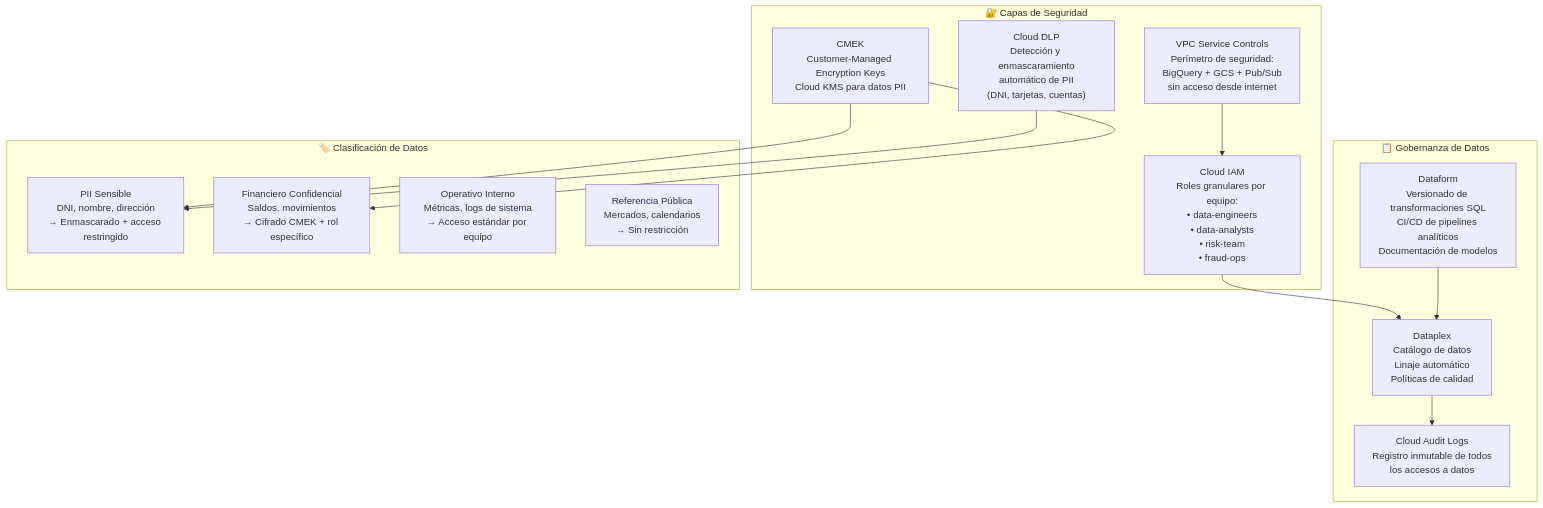
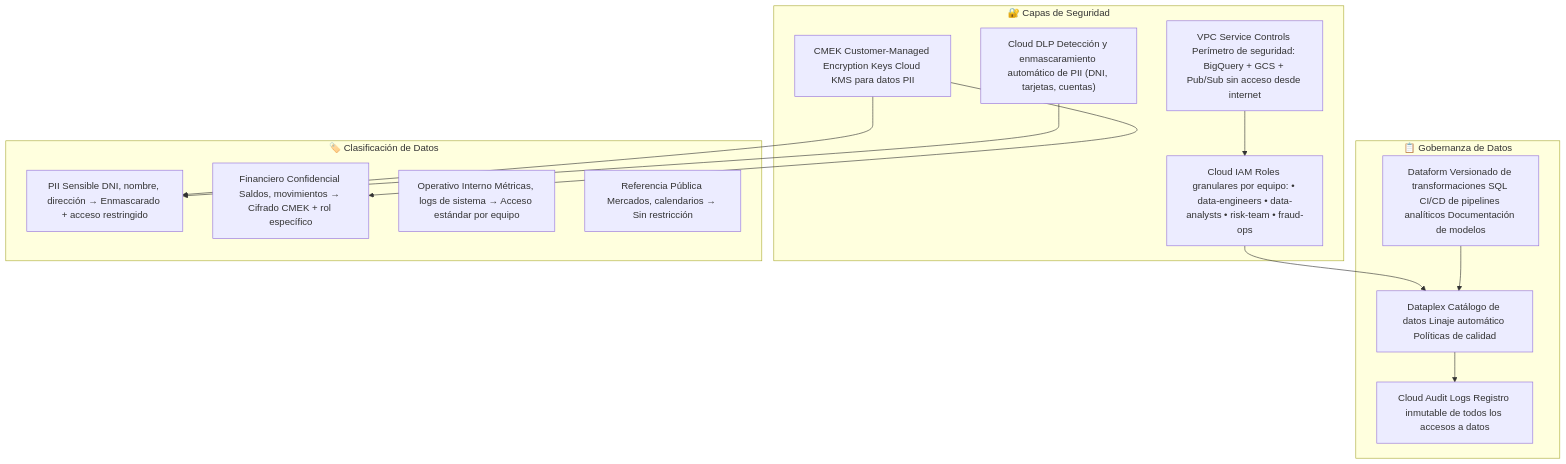
One commit to s110/Maestria changed the fifth of 8 diagrams in 5_big_data/codigo/03_proyecto_financial_system_architecture/architecture.md. Above: the diagram before and after it, drawn with Mermaid. The commit also changed other lines of this file and 52 other files, not shown here.

````diff
--- a/5_big_data/codigo/03_proyecto_financial_system_architecture/architecture.md
+++ b/5_big_data/codigo/03_proyecto_financial_system_architecture/architecture.md
@@ -308,29 +308,29 @@
 ```mermaid
 flowchart TD
     subgraph SEC["🔐 Capas de Seguridad"]
-        IAM["Cloud IAM\nRoles granulares por equipo:\n• data-engineers\n• data-analysts\n• risk-team\n• fraud-ops"]
-        VPC["VPC Service Controls\nPerímetro de seguridad:\nBigQuery + GCS + Pub/Sub\nsin acceso desde internet"]
-        CMEK["CMEK\nCustomer-Managed Encryption Keys\nCloud KMS para datos PII"]
-        DLP["Cloud DLP\nDetección y enmascaramiento\nautomático de PII\n(DNI, tarjetas, cuentas)"]
+        IAM["Cloud IAM Roles granulares por equipo: • data-engineers • data-analysts • risk-team • fraud-ops"]
+        VPC["VPC Service Controls Perímetro de seguridad: BigQuery + GCS + Pub/Sub sin acceso desde internet"]
+        CMEK["CMEK Customer-Managed Encryption Keys Cloud KMS para datos PII"]
+        DLP["Cloud DLP Detección y enmascaramiento automático de PII (DNI, tarjetas, cuentas)"]
     end
 
     subgraph GOV["📋 Gobernanza de Datos"]
-        DATAPLEX["Dataplex\nCatálogo de datos\nLinaje automático\nPolíticas de calidad"]
-        DATAFORM["Dataform\nVersionado de transformaciones SQL\nCI/CD de pipelines analíticos\nDocumentación de modelos"]
-        AUDIT["Cloud Audit Logs\nRegistro inmutable de todos\nlos accesos a datos"]
+        DATAPLEX["Dataplex Catálogo de datos Linaje automático Políticas de calidad"]
+        DATAFORM["Dataform Versionado de transformaciones SQL CI/CD de pipelines analíticos Documentación de modelos"]
+        AUDIT["Cloud Audit Logs Registro inmutable de todos los accesos a datos"]
     end
 
     subgraph CLASSIFY["🏷️ Clasificación de Datos"]
-        PII["PII Sensible\nDNI, nombre, dirección\n→ Enmascarado + acceso restringido"]
-        FINANCIAL["Financiero Confidencial\nSaldos, movimientos\n→ Cifrado CMEK + rol específico"]
-        OPERATIONAL["Operativo Interno\nMétricas, logs de sistema\n→ Acceso estándar por equipo"]
-        PUBLIC["Referencia Pública\nMercados, calendarios\n→ Sin restricción"]
+        PII["PII Sensible DNI, nombre, dirección → Enmascarado + acceso restringido"]
+        FINANCIAL["Financiero Confidencial Saldos, movimientos → Cifrado CMEK + rol específico"]
+        OPERATIONAL["Operativo Interno Métricas, logs de sistema → Acceso estándar por equipo"]
+        PUBLIC["Referencia Pública Mercados, calendarios → Sin restricción"]
     end
 
     IAM --> DATAPLEX
     VPC --> IAM
     CMEK --> PII & FINANCIAL
     DLP --> PII
     DATAPLEX --> AUDIT
     DATAFORM --> DATAPLEX
 ```
````
